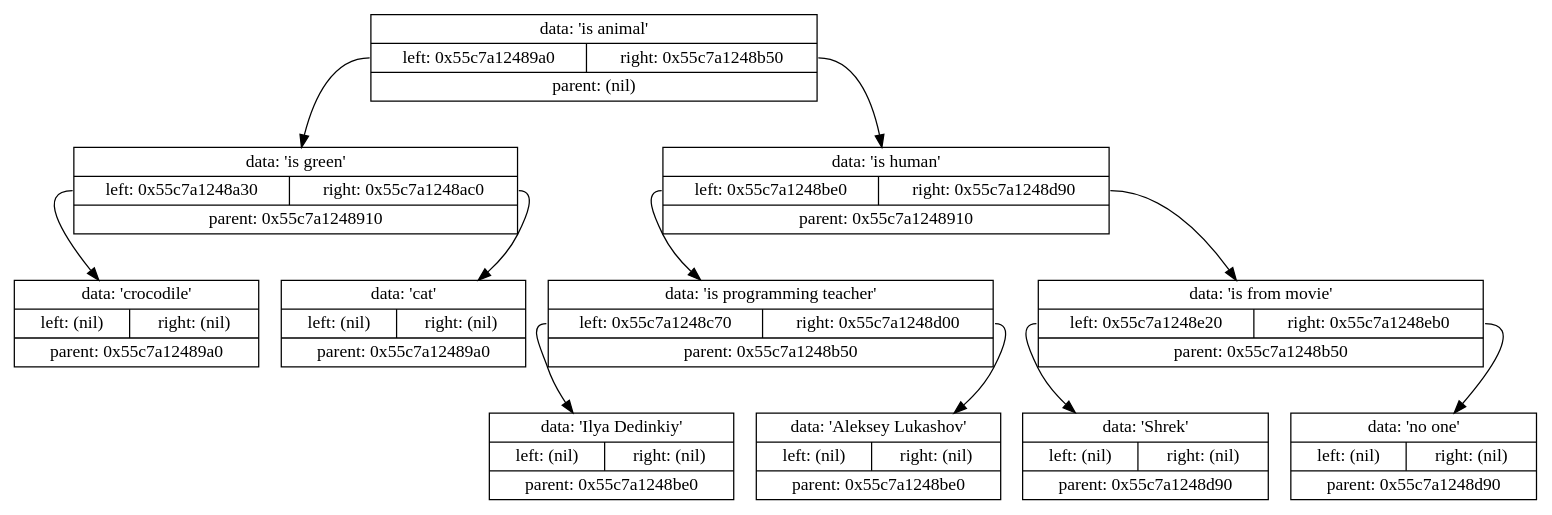
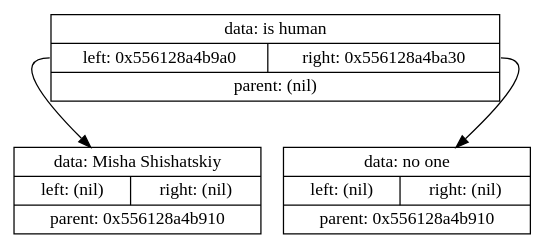
One commit to Shishqa/MIPT_1sem_C_lang changed the diagram in Projects/7.Akinator/tmp/tempautogeneratedlog.gv. Above: the diagram before and after it, drawn with Graphviz. The commit also changed 7 other files, not shown here.

```diff
--- a/Projects/7.Akinator/tmp/tempautogeneratedlog.gv
+++ b/Projects/7.Akinator/tmp/tempautogeneratedlog.gv
@@ -1,25 +1,9 @@
 digraph dump
 {
-	node0x55c7a1248910 [shape = "record", label = "{<f1>data: 'is animal'|{<f2>left: 0x55c7a12489a0|<f3>right: 0x55c7a1248b50}|<f4>parent: (nil)}"];
-	node0x55c7a12489a0 [shape = "record", label = "{<f1>data: 'is green'|{<f2>left: 0x55c7a1248a30|<f3>right: 0x55c7a1248ac0}|<f4>parent: 0x55c7a1248910}"];
-	node0x55c7a1248a30 [shape = "record", label = "{<f1>data: 'crocodile'|{<f2>left: (nil)|<f3>right: (nil)}|<f4>parent: 0x55c7a12489a0}"];
-	node0x55c7a12489a0:f2 -> node0x55c7a1248a30
-	node0x55c7a1248ac0 [shape = "record", label = "{<f1>data: 'cat'|{<f2>left: (nil)|<f3>right: (nil)}|<f4>parent: 0x55c7a12489a0}"];
-	node0x55c7a12489a0:f3 -> node0x55c7a1248ac0
-	node0x55c7a1248910:f2 -> node0x55c7a12489a0
-	node0x55c7a1248b50 [shape = "record", label = "{<f1>data: 'is human'|{<f2>left: 0x55c7a1248be0|<f3>right: 0x55c7a1248d90}|<f4>parent: 0x55c7a1248910}"];
-	node0x55c7a1248be0 [shape = "record", label = "{<f1>data: 'is programming teacher'|{<f2>left: 0x55c7a1248c70|<f3>right: 0x55c7a1248d00}|<f4>parent: 0x55c7a1248b50}"];
-	node0x55c7a1248c70 [shape = "record", label = "{<f1>data: 'Ilya Dedinkiy'|{<f2>left: (nil)|<f3>right: (nil)}|<f4>parent: 0x55c7a1248be0}"];
-	node0x55c7a1248be0:f2 -> node0x55c7a1248c70
-	node0x55c7a1248d00 [shape = "record", label = "{<f1>data: 'Aleksey Lukashov'|{<f2>left: (nil)|<f3>right: (nil)}|<f4>parent: 0x55c7a1248be0}"];
-	node0x55c7a1248be0:f3 -> node0x55c7a1248d00
-	node0x55c7a1248b50:f2 -> node0x55c7a1248be0
-	node0x55c7a1248d90 [shape = "record", label = "{<f1>data: 'is from movie'|{<f2>left: 0x55c7a1248e20|<f3>right: 0x55c7a1248eb0}|<f4>parent: 0x55c7a1248b50}"];
-	node0x55c7a1248e20 [shape = "record", label = "{<f1>data: 'Shrek'|{<f2>left: (nil)|<f3>right: (nil)}|<f4>parent: 0x55c7a1248d90}"];
-	node0x55c7a1248d90:f2 -> node0x55c7a1248e20
-	node0x55c7a1248eb0 [shape = "record", label = "{<f1>data: 'no one'|{<f2>left: (nil)|<f3>right: (nil)}|<f4>parent: 0x55c7a1248d90}"];
-	node0x55c7a1248d90:f3 -> node0x55c7a1248eb0
-	node0x55c7a1248b50:f3 -> node0x55c7a1248d90
-	node0x55c7a1248910:f3 -> node0x55c7a1248b50
+	node0x556128a4b910 [shape = "record", label = "{<f1>data: is human|{<f2>left: 0x556128a4b9a0|<f3>right: 0x556128a4ba30}|<f4>parent: (nil)}"];
+	node0x556128a4b9a0 [shape = "record", label = "{<f1>data: Misha Shishatskiy|{<f2>left: (nil)|<f3>right: (nil)}|<f4>parent: 0x556128a4b910}"];
+	node0x556128a4b910:f2 -> node0x556128a4b9a0
+	node0x556128a4ba30 [shape = "record", label = "{<f1>data: no one|{<f2>left: (nil)|<f3>right: (nil)}|<f4>parent: 0x556128a4b910}"];
+	node0x556128a4b910:f3 -> node0x556128a4ba30
 
 }
```
